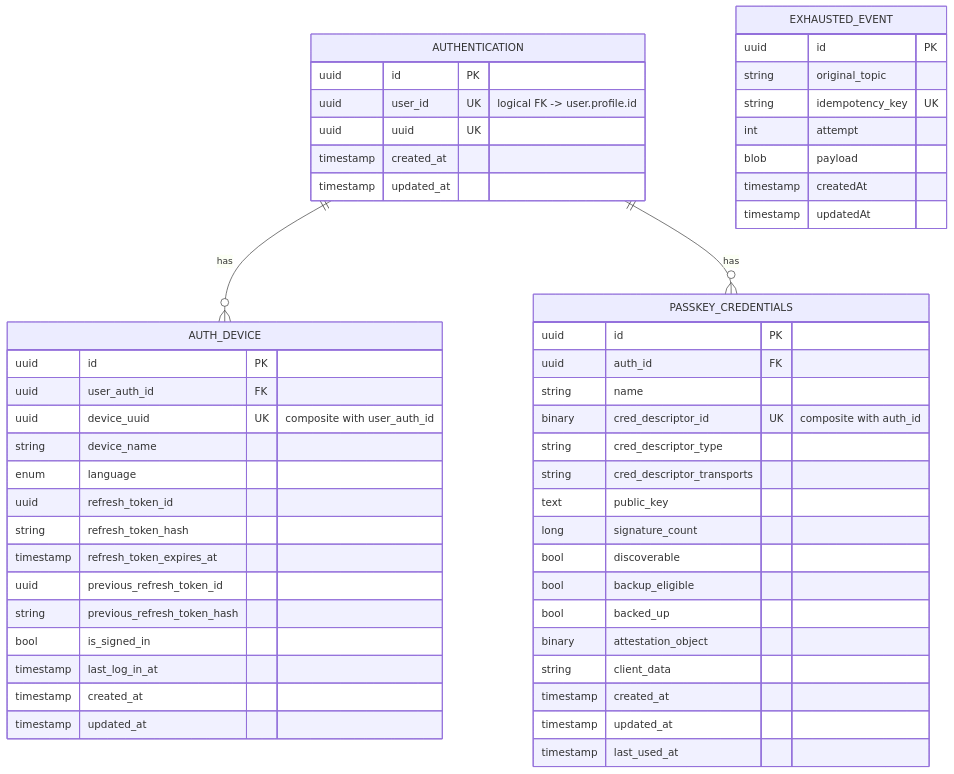
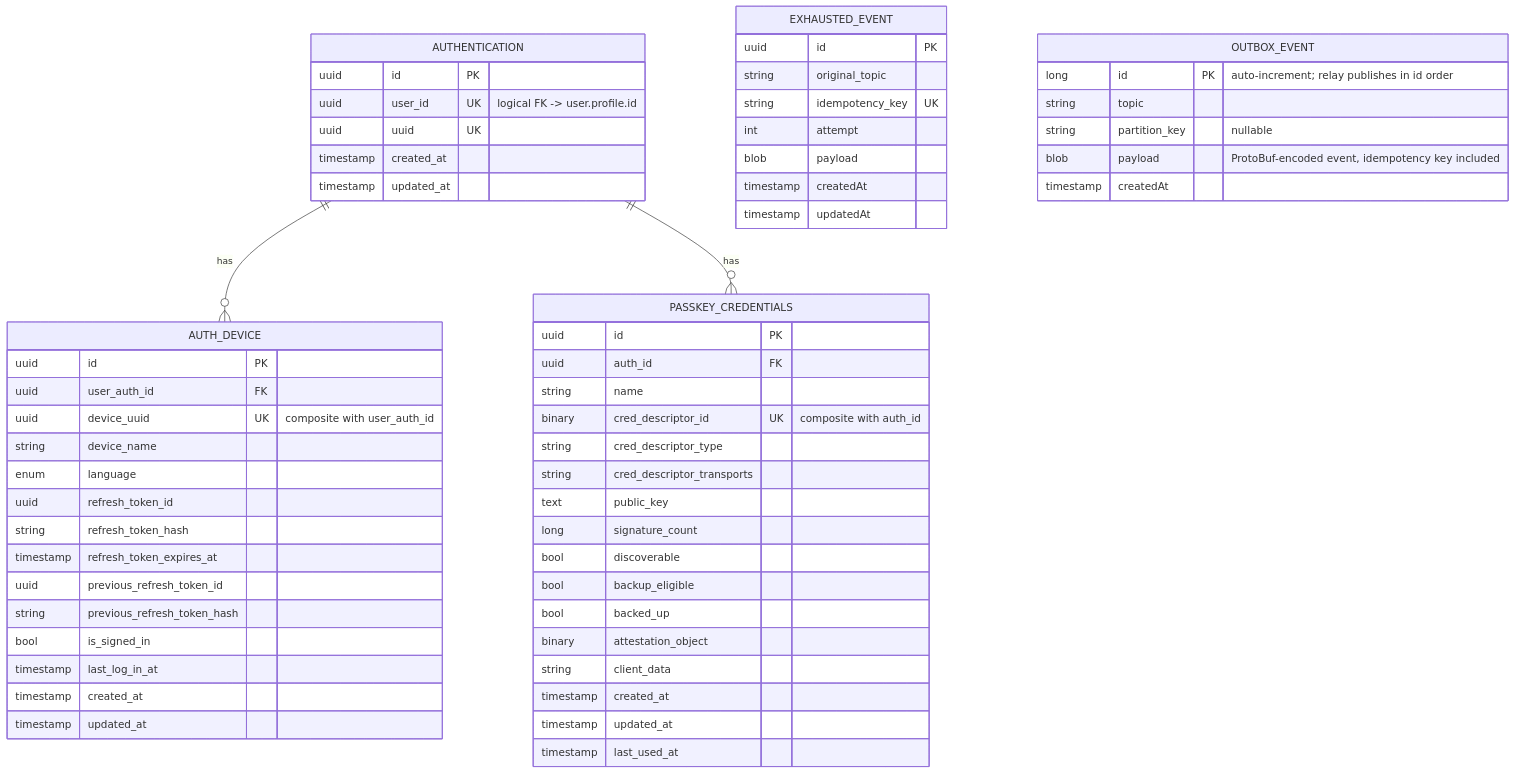
The diagram in docs/database/authorization.md (nocturneproperties/bookkme), drawn with Mermaid before and after one commit. The commit also changed other lines of this file and 12 other files, not shown here.

````diff
--- a/docs/database/authorization.md
+++ b/docs/database/authorization.md
@@ -8,59 +8,67 @@
 ```mermaid
 erDiagram
     AUTHENTICATION ||--o{ AUTH_DEVICE : "has"
     AUTHENTICATION ||--o{ PASSKEY_CREDENTIALS : "has"
 
     AUTHENTICATION {
         uuid id PK
         uuid user_id UK "logical FK -> user.profile.id"
         uuid uuid UK
         timestamp created_at
         timestamp updated_at
     }
 
     AUTH_DEVICE {
         uuid id PK
         uuid user_auth_id FK
         uuid device_uuid UK "composite with user_auth_id"
         string device_name
         enum language
         uuid refresh_token_id
         string refresh_token_hash
         timestamp refresh_token_expires_at
         uuid previous_refresh_token_id
         string previous_refresh_token_hash
         bool is_signed_in
         timestamp last_log_in_at
         timestamp created_at
         timestamp updated_at
     }
 
     PASSKEY_CREDENTIALS {
         uuid id PK
         uuid auth_id FK
         string name
         binary cred_descriptor_id UK "composite with auth_id"
         string cred_descriptor_type
         string cred_descriptor_transports
         text public_key
         long signature_count
         bool discoverable
         bool backup_eligible
         bool backed_up
         binary attestation_object
         string client_data
         timestamp created_at
         timestamp updated_at
         timestamp last_used_at
     }
 
     EXHAUSTED_EVENT {
         uuid id PK
         string original_topic
         string idempotency_key UK
         int attempt
         blob payload
         timestamp createdAt
         timestamp updatedAt
     }
+
+    OUTBOX_EVENT {
+        long id PK "auto-increment; relay publishes in id order"
+        string topic
+        string partition_key "nullable"
+        blob payload "ProtoBuf-encoded event, idempotency key included"
+        timestamp createdAt
+    }
 ```
````
